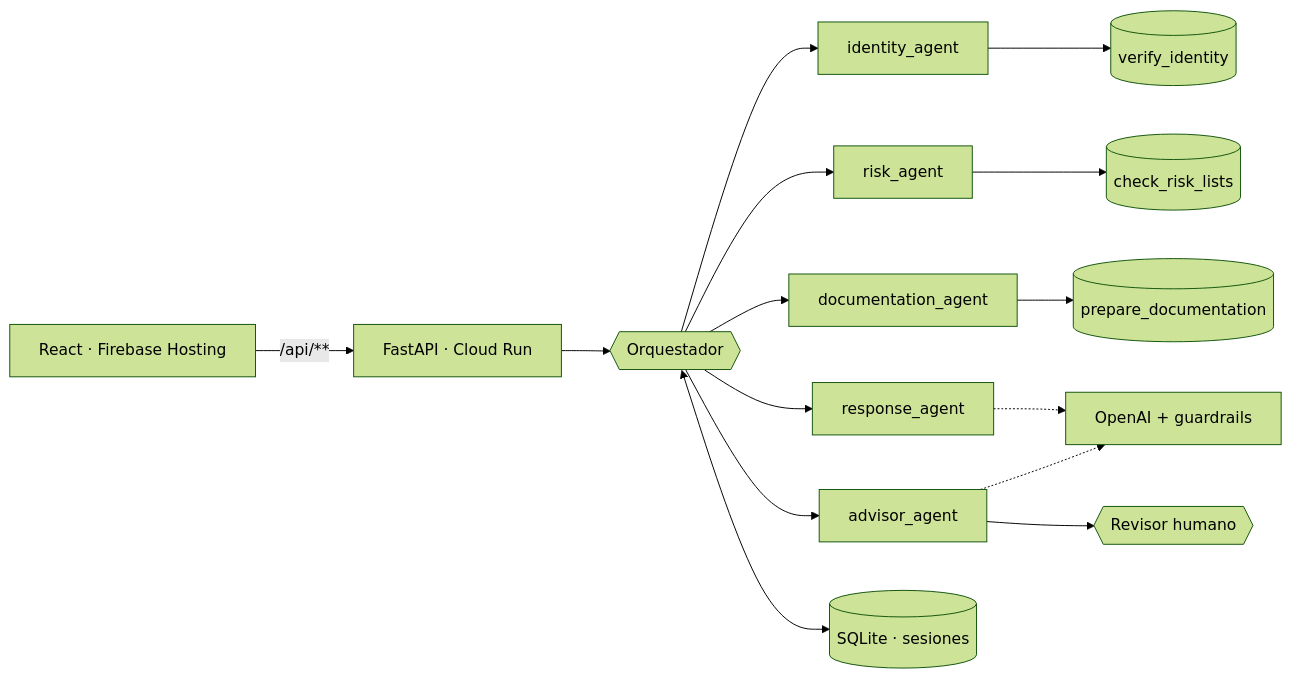
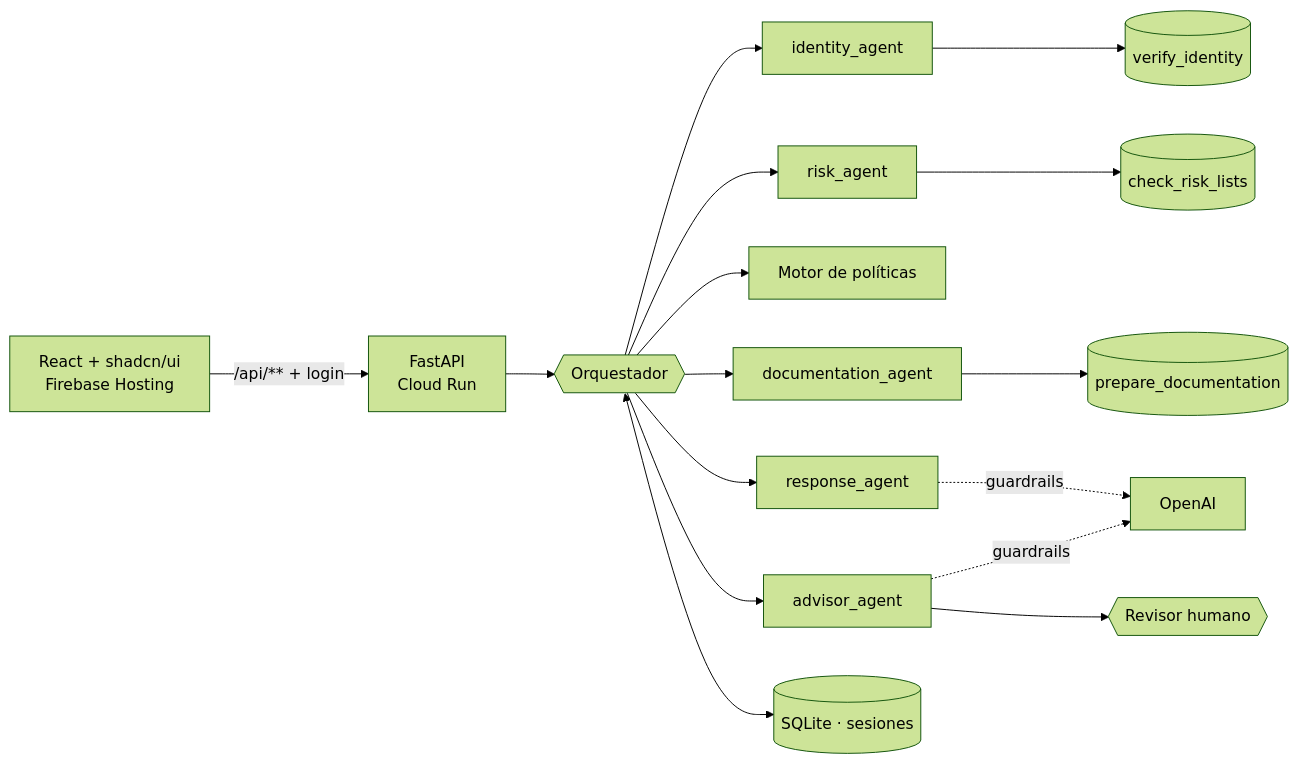
Before and after one commit to IGRA27/banco-pichincha: the diagram in README.md, drawn with Mermaid (forest theme). The commit also changed other lines of this file and 10 other files, not shown here.

````diff
--- a/README.md
+++ b/README.md
@@ -13,12 +80,13 @@
 ```mermaid
 flowchart LR
-    UI["React · Firebase Hosting"] -->|/api/**| API["FastAPI · Cloud Run"]
+    UI["React + shadcn/ui<br/>Firebase Hosting"] -->|"/api/** + login"| API["FastAPI<br/>Cloud Run"]
     API --> O{{Orquestador}}
     O --> IA[identity_agent] --> T1[(verify_identity)]
     O --> RA[risk_agent] --> T2[(check_risk_lists)]
+    O --> PE[Motor de políticas]
     O --> DA[documentation_agent] --> T3[(prepare_documentation)]
-    O --> RS[response_agent] -.-> LLM[OpenAI + guardrails]
-    O --> AD[advisor_agent] -.-> LLM
+    O --> AD[advisor_agent] -.->|guardrails| LLM[OpenAI]
+    O --> RS[response_agent] -.->|guardrails| LLM
     AD --> H{{Revisor humano}}
     O <--> DB[(SQLite · sesiones)]
 ```
````
